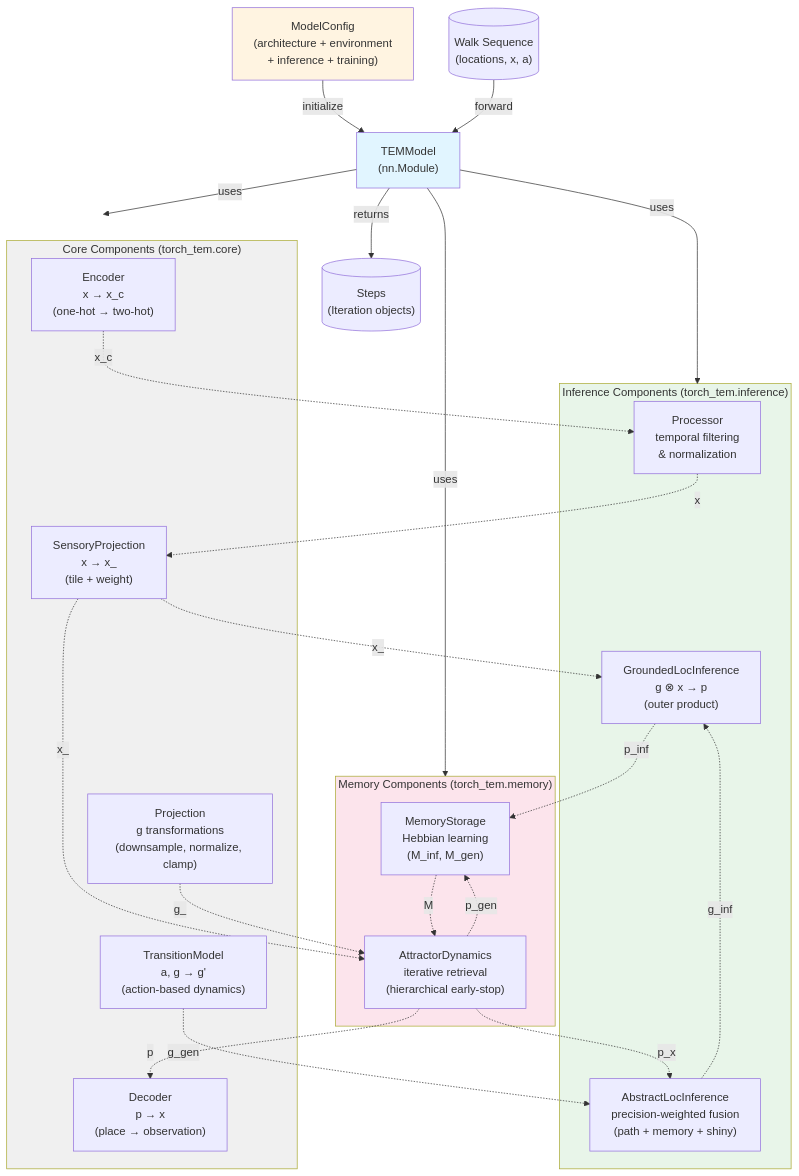
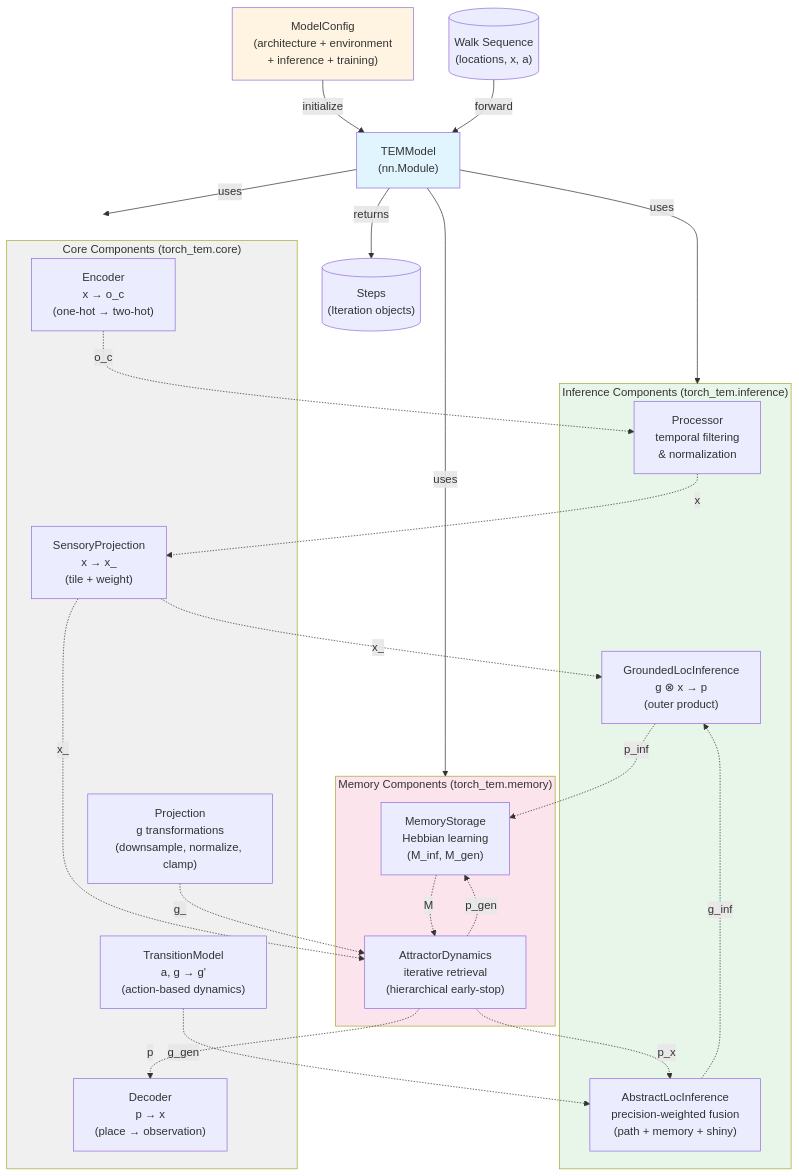
The diagram in docs/architecture.mmd (BorjaEst/tem), drawn with Mermaid before and after one commit. The commit also changed 18 other files, not shown here.

```diff
--- a/docs/architecture.mmd
+++ b/docs/architecture.mmd
@@ -1,65 +1,65 @@
 %% Tolman-Eichenbaum Machine (TEM) - Overall Architecture
 graph TB
     %% Input/Output
     Walk[("Walk Sequence<br/>(locations, x, a)")]
     Steps[("Steps<br/>(Iteration objects)")]
     
     %% Main Model
     TEMModel["TEMModel<br/>(nn.Module)"]
     
     %% Configuration
     Config["ModelConfig<br/>(architecture + environment<br/>+ inference + training)"]
     
     %% Core Components
     subgraph Core["Core Components (torch_tem.core)"]
-        Encoder["Encoder<br/>x → x_c<br/>(one-hot → two-hot)"]
+        Encoder["Encoder<br/>x → o_c<br/>(one-hot → two-hot)"]
         Decoder["Decoder<br/>p → x<br/>(place → observation)"]
         Projection["Projection<br/>g transformations<br/>(downsample, normalize, clamp)"]
         Tiling["SensoryProjection<br/>x → x_<br/>(tile + weight)"]
         Transition["TransitionModel<br/>a, g → g'<br/>(action-based dynamics)"]
     end
     
     %% Inference Components
     subgraph Inference["Inference Components (torch_tem.inference)"]
         Sensory["Processor<br/>temporal filtering<br/>& normalization"]
         Grounded["GroundedLocInference<br/>g ⊗ x → p<br/>(outer product)"]
         Abstract["AbstractLocInference<br/>precision-weighted fusion<br/>(path + memory + shiny)"]
     end
     
     %% Memory Components
     subgraph Memory["Memory Components (torch_tem.memory)"]
         Storage["MemoryStorage<br/>Hebbian learning<br/>(M_inf, M_gen)"]
         Attractor["AttractorDynamics<br/>iterative retrieval<br/>(hierarchical early-stop)"]
     end
     
     %% Data Flow
     Config -->|initialize| TEMModel
     Walk -->|forward| TEMModel
     TEMModel -->|returns| Steps
     
     TEMModel -->|uses| Core
     TEMModel -->|uses| Inference
     TEMModel -->|uses| Memory
     
     %% Component Dependencies
-    Encoder -.->|x_c| Sensory
+    Encoder -.->|o_c| Sensory
     Sensory -.->|x| Tiling
     Tiling -.->|x_| Grounded
     Tiling -.->|x_| Attractor
     
     Transition -.->|g_gen| Abstract
     Attractor -.->|p_x| Abstract
     Abstract -.->|g_inf| Grounded
     
     Grounded -.->|p_inf| Storage
     Attractor -.->|p_gen| Storage
     Storage -.->|M| Attractor
     
     Projection -.->|g_| Attractor
     Attractor -.->|p| Decoder
 
     style TEMModel fill:#e1f5ff
     style Config fill:#fff4e1
     style Core fill:#f0f0f0
     style Inference fill:#e8f5e9
     style Memory fill:#fce4ec
```
